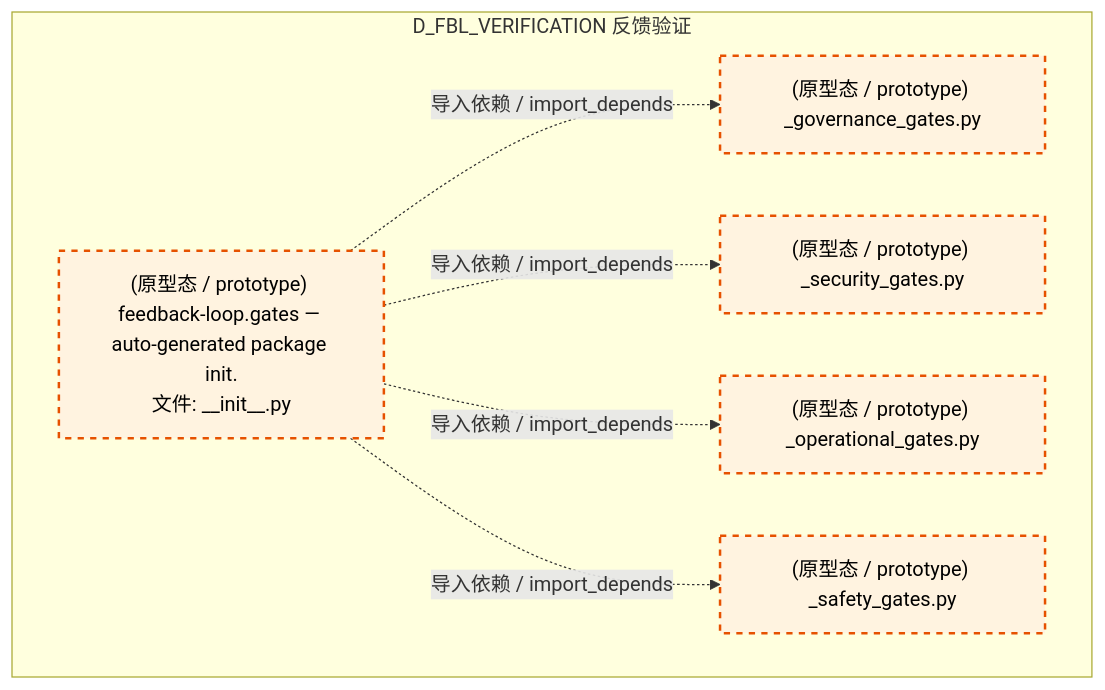
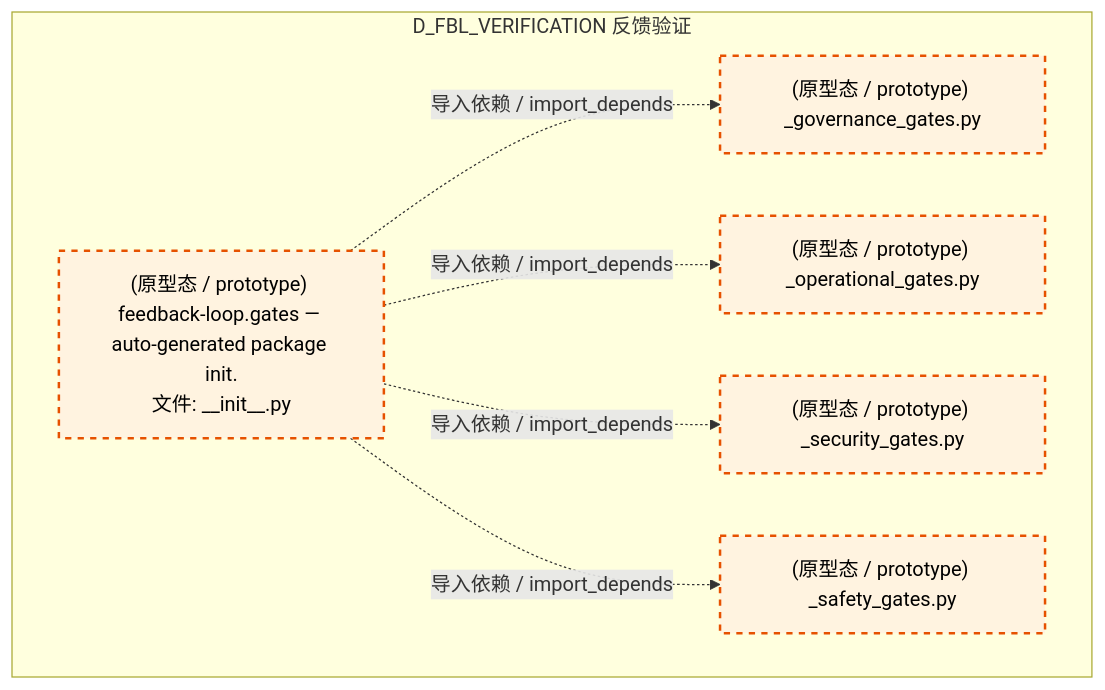
The fourth of 5 diagrams in docs/02_enterprise_architecture/02_domain_architecture_docs/11_d_fbl_verification.md (xuanFelixVan/ZephyrAlpha), drawn with Mermaid before and after one commit. The commit also changed other lines of this file and 112 other files, not shown here.

````diff
--- a/docs/02_enterprise_architecture/02_domain_architecture_docs/11_d_fbl_verification.md
+++ b/docs/02_enterprise_architecture/02_domain_architecture_docs/11_d_fbl_verification.md
@@ -337,19 +337,19 @@
 ```mermaid
 graph TD
     subgraph D_FBL_VERIFICATION["D_FBL_VERIFICATION 反馈验证"]
         src_zephyr_trading_feedback_loop_gates_init_py["(原型态 / prototype) feedback-loop.gates — auto-generated package init.<br/>文件: __init__.py"]
         src_zephyr_trading_feedback_loop_gates_governance_gates_py["(原型态 / prototype) _governance_gates.py"]
         src_zephyr_trading_feedback_loop_gates_operational_gates_py["(原型态 / prototype) _operational_gates.py"]
         src_zephyr_trading_feedback_loop_gates_safety_gates_py["(原型态 / prototype) _safety_gates.py"]
         src_zephyr_trading_feedback_loop_gates_security_gates_py["(原型态 / prototype) _security_gates.py"]
     end
     src_zephyr_trading_feedback_loop_gates_init_py -.->|导入依赖 / import_depends| src_zephyr_trading_feedback_loop_gates_governance_gates_py
+    src_zephyr_trading_feedback_loop_gates_init_py -.->|导入依赖 / import_depends| src_zephyr_trading_feedback_loop_gates_operational_gates_py
     src_zephyr_trading_feedback_loop_gates_init_py -.->|导入依赖 / import_depends| src_zephyr_trading_feedback_loop_gates_security_gates_py
-    src_zephyr_trading_feedback_loop_gates_init_py -.->|导入依赖 / import_depends| src_zephyr_trading_feedback_loop_gates_operational_gates_py
     src_zephyr_trading_feedback_loop_gates_init_py -.->|导入依赖 / import_depends| src_zephyr_trading_feedback_loop_gates_safety_gates_py
     classDef production fill:#e1f5fe,stroke:#01579b,stroke-width:2px,color:#000
     classDef design fill:#fff3e0,stroke:#e65100,stroke-width:2px,color:#000,stroke-dasharray: 5 5
     classDef external_prod fill:#e8f5e9,stroke:#1b5e20,stroke-width:1px,color:#000
     classDef external_design fill:#fce4ec,stroke:#880e4f,stroke-width:1px,color:#000,stroke-dasharray: 5 5
     class src_zephyr_trading_feedback_loop_gates_init_py,src_zephyr_trading_feedback_loop_gates_governance_gates_py,src_zephyr_trading_feedback_loop_gates_operational_gates_py,src_zephyr_trading_feedback_loop_gates_safety_gates_py,src_zephyr_trading_feedback_loop_gates_security_gates_py design
 ```
````
